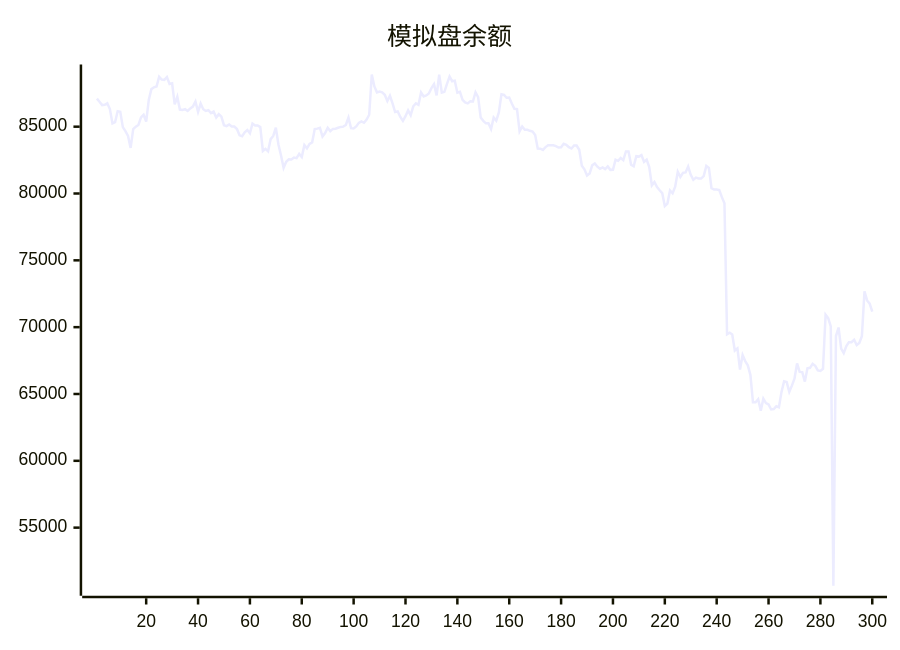
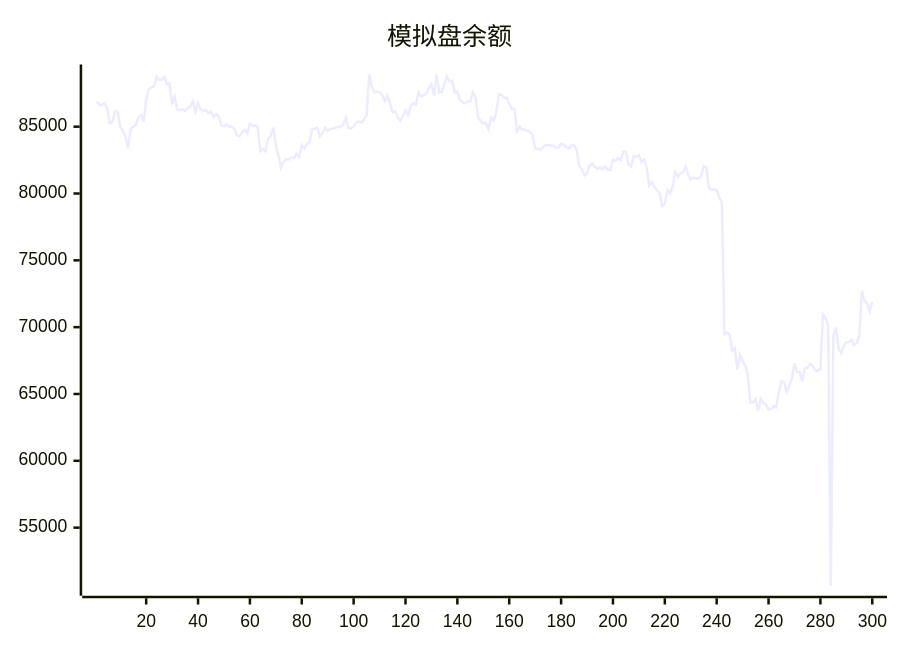
One commit to aahl/ai-trading changed the diagram in README.md. Above: the diagram before and after it, drawn with Mermaid. The commit also changed other lines of this file and 1 other file, not shown here.

````diff
--- a/README.md
+++ b/README.md
@@ -5,5 +5,5 @@
 ```mermaid
 xychart
     title "模拟盘余额"
-    line [87102,86870,86613,86644,86758,86317,85242,85334,86149,86106,84968,84671,84302,83410,84816,85001,85127,85693,85891,85384,87001,87811,87945,88007,88734,88528,88495,88705,88189,88248,86662,87234,86279,86251,86314,86177,86364,86503,86886,86114,86731,86310,86176,86240,86017,86136,85685,85938,85749,85111,85044,85164,85016,85008,84824,84354,84287,84572,84745,84500,85234,85096,85095,84970,83180,83338,83157,84070,84309,84922,83667,82850,81924,82369,82552,82539,82695,82648,82962,82728,83619,83378,83710,83825,84819,84854,84917,84265,84527,84919,84668,84834,84850,84916,84981,85004,85131,85674,84891,84864,85019,85284,85393,85294,85538,85894,88904,88012,87567,87625,87568,87386,86920,87313,86737,86094,86143,85725,85437,85787,86219,85859,86526,86740,86630,87563,87264,87335,87483,87886,88180,87335,88894,87544,87608,88207,88755,88401,88444,87543,87608,87000,86810,86740,86894,86884,87576,87209,85686,85435,85251,85255,84820,85689,85453,86066,87420,87373,87161,87178,86740,86341,86315,84643,85012,84772,84768,84690,84635,84376,83360,83357,83259,83474,83608,83606,83602,83548,83440,83454,83724,83644,83464,83365,83590,83592,83275,82072,81806,81344,81492,82109,82254,82006,81848,81955,81829,82022,81769,81776,82522,82441,82656,82498,83144,83144,82150,82038,82797,82763,82872,82367,82536,81981,80612,80862,80484,80242,80034,79063,79245,80226,80016,80507,81625,81233,81544,81578,82016,81401,81019,81186,81130,81118,81306,82066,81909,80392,80304,80291,80258,79729,79261,69466,69579,69456,68251,68415,66832,67911,67462,67144,66432,64380,64375,64606,63740,64647,64324,64216,63842,63877,64078,64008,65156,65945,65888,65157,65625,66144,67284,66653,66639,65924,66925,66956,67263,67108,66766,66729,66886,70927,70673,70049,50652,69334,69973,68400,68061,68578,68876,68879,69055,68662,68822,69329,72687,71999,71760,71162]
+    line [86870,86613,86644,86758,86317,85242,85334,86149,86106,84968,84671,84302,83410,84816,85001,85127,85693,85891,85384,87001,87811,87945,88007,88734,88528,88495,88705,88189,88248,86662,87234,86279,86251,86314,86177,86364,86503,86886,86114,86731,86310,86176,86240,86017,86136,85685,85938,85749,85111,85044,85164,85016,85008,84824,84354,84287,84572,84745,84500,85234,85096,85095,84970,83180,83338,83157,84070,84309,84922,83667,82850,81924,82369,82552,82539,82695,82648,82962,82728,83619,83378,83710,83825,84819,84854,84917,84265,84527,84919,84668,84834,84850,84916,84981,85004,85131,85674,84891,84864,85019,85284,85393,85294,85538,85894,88904,88012,87567,87625,87568,87386,86920,87313,86737,86094,86143,85725,85437,85787,86219,85859,86526,86740,86630,87563,87264,87335,87483,87886,88180,87335,88894,87544,87608,88207,88755,88401,88444,87543,87608,87000,86810,86740,86894,86884,87576,87209,85686,85435,85251,85255,84820,85689,85453,86066,87420,87373,87161,87178,86740,86341,86315,84643,85012,84772,84768,84690,84635,84376,83360,83357,83259,83474,83608,83606,83602,83548,83440,83454,83724,83644,83464,83365,83590,83592,83275,82072,81806,81344,81492,82109,82254,82006,81848,81955,81829,82022,81769,81776,82522,82441,82656,82498,83144,83144,82150,82038,82797,82763,82872,82367,82536,81981,80612,80862,80484,80242,80034,79063,79245,80226,80016,80507,81625,81233,81544,81578,82016,81401,81019,81186,81130,81118,81306,82066,81909,80392,80304,80291,80258,79729,79261,69466,69579,69456,68251,68415,66832,67911,67462,67144,66432,64380,64375,64606,63740,64647,64324,64216,63842,63877,64078,64008,65156,65945,65888,65157,65625,66144,67284,66653,66639,65924,66925,66956,67263,67108,66766,66729,66886,70927,70673,70049,50652,69334,69973,68400,68061,68578,68876,68879,69055,68662,68822,69329,72687,71999,71760,71162,71911]
 ```
````
